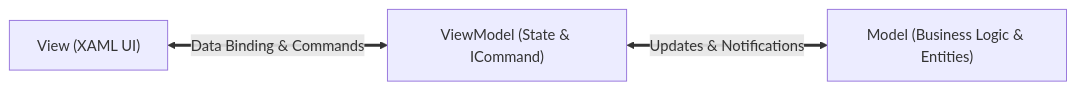
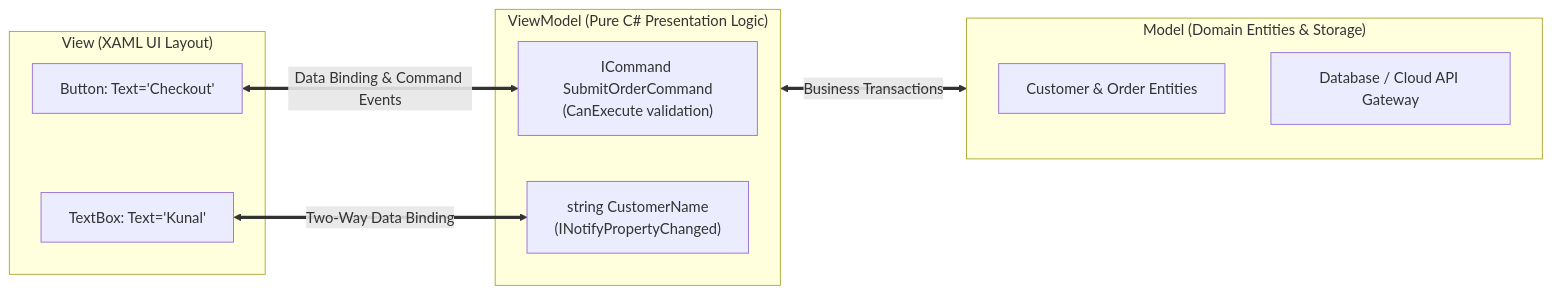
One commit to Singhkunall/Csharp-learning changed the diagram in Main/Topics/24_DesktopAndMaui/README.md. Above: the diagram before and after it, drawn with Mermaid. The commit also changed other lines of this file and 11 other files, not shown here.

````diff
--- a/Main/Topics/24_DesktopAndMaui/README.md
+++ b/Main/Topics/24_DesktopAndMaui/README.md
@@ -19,5 +33,21 @@
 ```mermaid
 flowchart LR
-    View["View (XAML UI)"] <== Data Binding & Commands ==> ViewModel["ViewModel (State & ICommand)"]
-    ViewModel <== Updates & Notifications ==> Model["Model (Business Logic & Entities)"]
+    subgraph View_Layer["View (XAML UI Layout)"]
+        Button["Button: Text='Checkout'"]
+        TextBox["TextBox: Text='Kunal'"]
+    end
+
+    subgraph ViewModel_Layer["ViewModel (Pure C# Presentation Logic)"]
+        Command["ICommand SubmitOrderCommand<br/>(CanExecute validation)"]
+        Prop["string CustomerName<br/>(INotifyPropertyChanged)"]
+    end
+
+    subgraph Model_Layer["Model (Domain Entities & Storage)"]
+        Entity["Customer & Order Entities"]
+        Repository["Database / Cloud API Gateway"]
+    end
+
+    Button <== Data Binding & Command Events ==> Command
+    TextBox <== Two-Way Data Binding ==> Prop
+    ViewModel_Layer <== Business Transactions ==> Model_Layer
 ```
````
